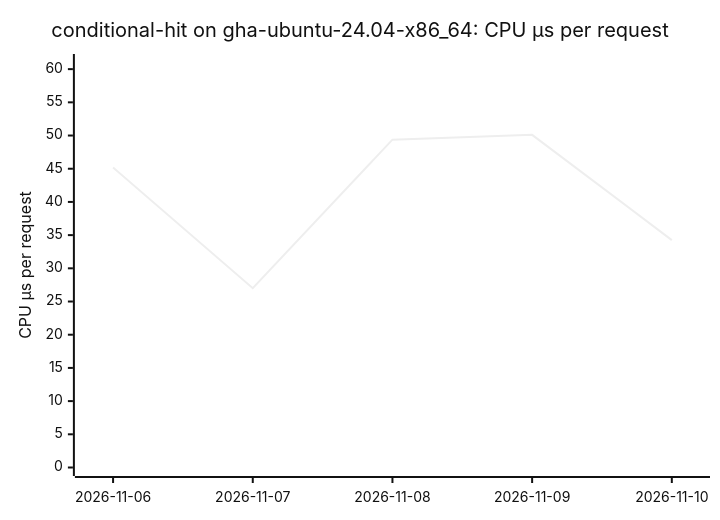
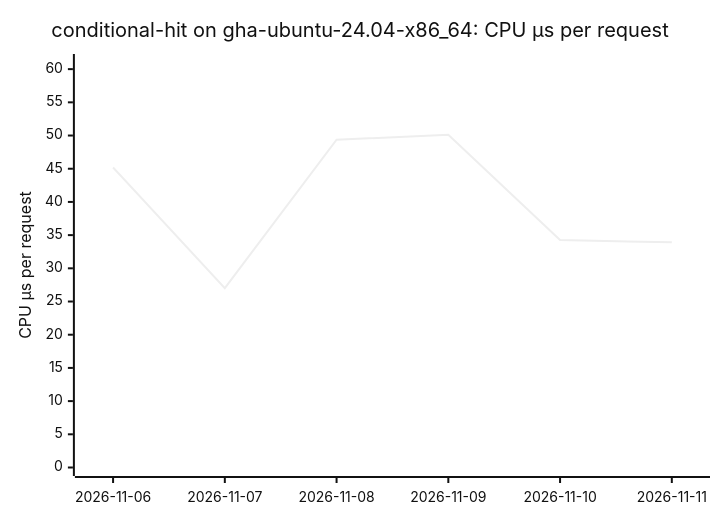
Before and after one commit to ThePixelPilgrim/durchlauferhitzer: the eighth of 18 diagrams in BENCHMARKS.md, drawn with Mermaid (neutral theme). The commit also changed other lines of this file and 1 other file, not shown here.

````diff
--- a/BENCHMARKS.md
+++ b/BENCHMARKS.md
@@ -96,7 +96,7 @@
 ```mermaid
 xychart-beta
   title "conditional-hit on gha-ubuntu-24.04-x86_64: CPU µs per request"
-  x-axis ["2026-11-06", "2026-11-07", "2026-11-08", "2026-11-09", "2026-11-10"]
+  x-axis ["2026-11-06", "2026-11-07", "2026-11-08", "2026-11-09", "2026-11-10", "2026-11-11"]
   y-axis "CPU µs per request" 0 --> 61
-  line [45.19, 27.01, 49.38, 50.10, 34.25]
+  line [45.19, 27.01, 49.38, 50.10, 34.25, 33.91]
 ```
````
